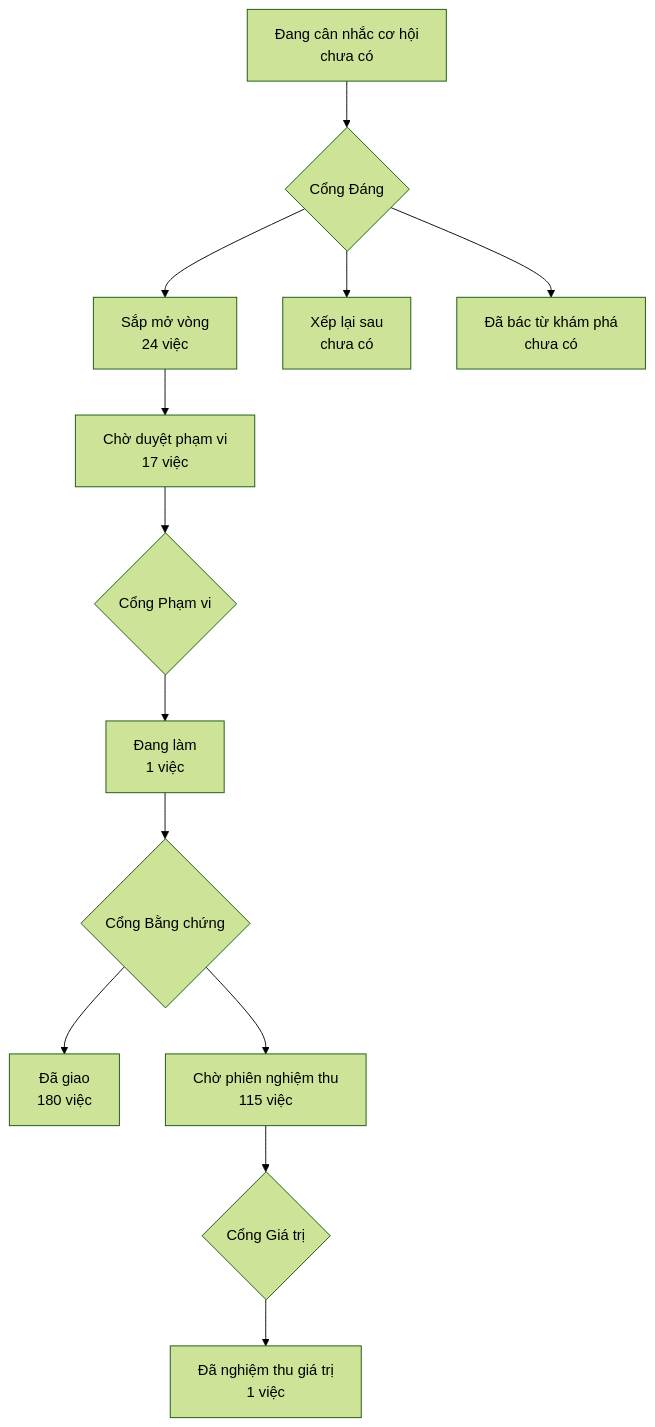
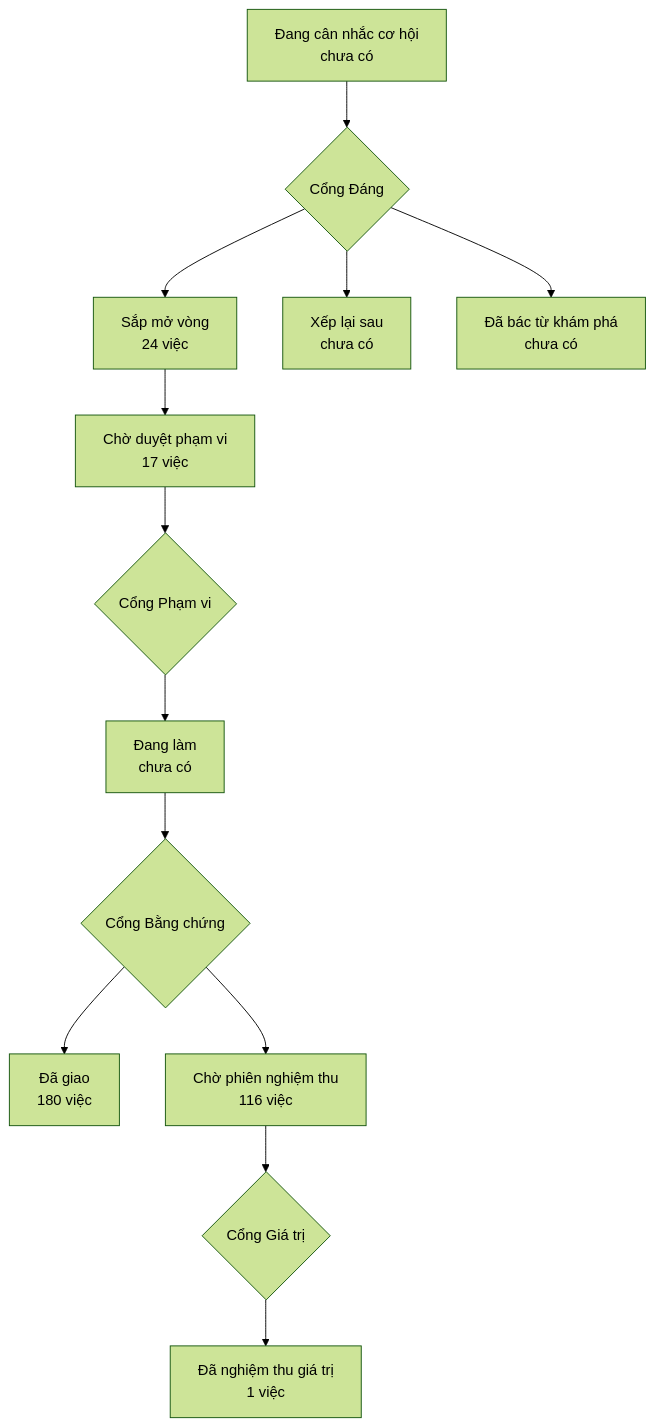
The diagram in PRODUCT-MAP.md (phanlemanh/onehub-invest), drawn with Mermaid (forest theme) before and after one commit. The commit also changed other lines of this file and 4 other files, not shown here.

````diff
--- a/PRODUCT-MAP.md
+++ b/PRODUCT-MAP.md
@@ -7,12 +7,12 @@
 ```mermaid
 flowchart TD
   A["Đang cân nhắc cơ hội<br/>chưa có"] --> GD{"Cổng Đáng"}
   GD --> B["Sắp mở vòng<br/>24 việc"]
   GD --> XL["Xếp lại sau<br/>chưa có"]
   GD --> DB["Đã bác từ khám phá<br/>chưa có"]
   B --> CD["Chờ duyệt phạm vi<br/>17 việc"] --> GP{"Cổng Phạm vi"}
-  GP --> DL["Đang làm<br/>1 việc"] --> GB{"Cổng Bằng chứng"}
+  GP --> DL["Đang làm<br/>chưa có"] --> GB{"Cổng Bằng chứng"}
   GB --> DG["Đã giao<br/>180 việc"]
-  GB --> CN["Chờ phiên nghiệm thu<br/>115 việc"] --> GG{"Cổng Giá trị"}
+  GB --> CN["Chờ phiên nghiệm thu<br/>116 việc"] --> GG{"Cổng Giá trị"}
   GG --> NT["Đã nghiệm thu giá trị<br/>1 việc"]
 ```
````
